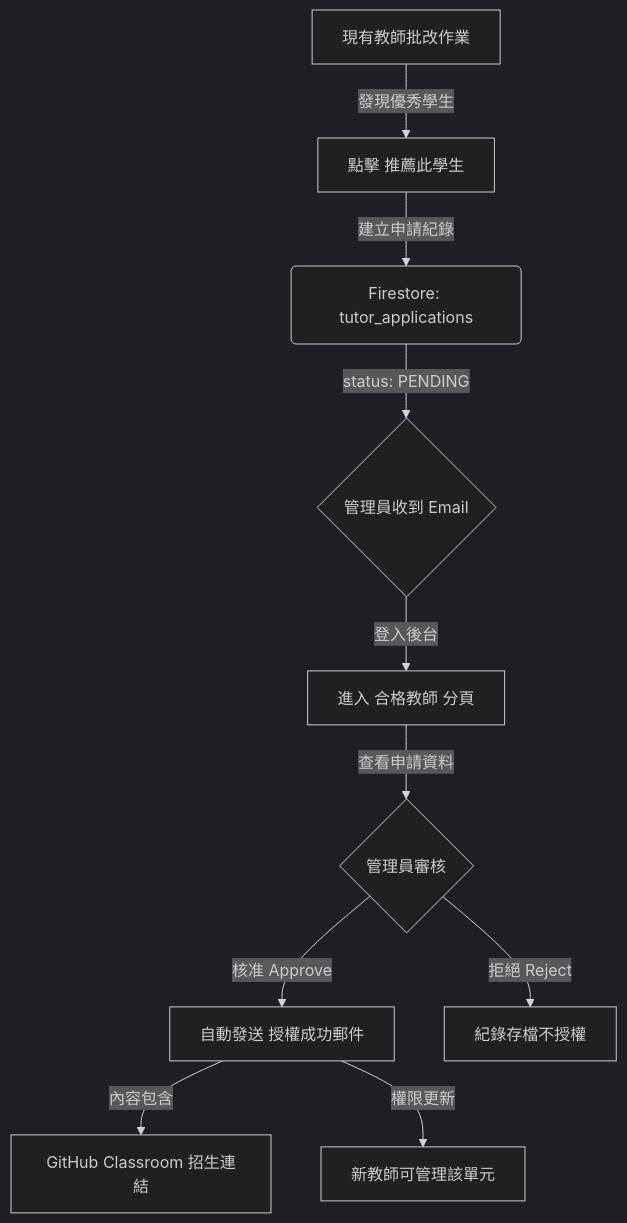
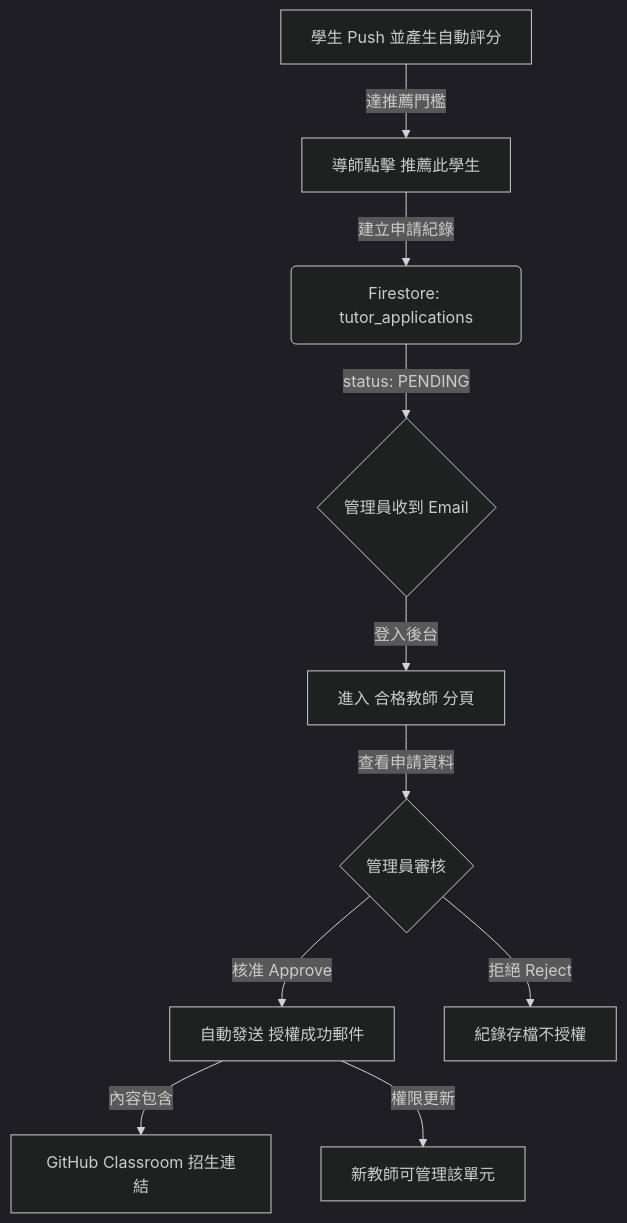
One commit to vibe-coding-tw/e-learning changed the diagram in docs/tutor-management-mvp.md. Above: the diagram before and after it, drawn with Mermaid (dark theme). The commit also changed other lines of this file and 3 other files, not shown here.

Commit message:
Unify tutor application flow and align docs with autograde

````diff
--- a/docs/tutor-management-mvp.md
+++ b/docs/tutor-management-mvp.md
@@ -8,12 +8,12 @@
 ```mermaid
 graph TD
-    A[現有教師批改作業] -->|發現優秀學生| B[點擊 推薦此學生]
+    A[學生 Push 並產生自動評分] -->|達推薦門檻| B[導師點擊 推薦此學生]
     B -->|建立申請紀錄| C(Firestore: tutor_applications)
     C -->|status: PENDING| D{管理員收到 Email}
     D -->|登入後台| E[進入 合格教師 分頁]
     E -->|查看申請資料| F{管理員審核}
     F -->|核准 Approve| G[自動發送 授權成功郵件]
     F -->|拒絕 Reject| H[紀錄存檔不授權]
     G -->|內容包含| I[GitHub Classroom 招生連結]
     G -->|權限更新| J[新教師可管理該單元]
 ```
````
